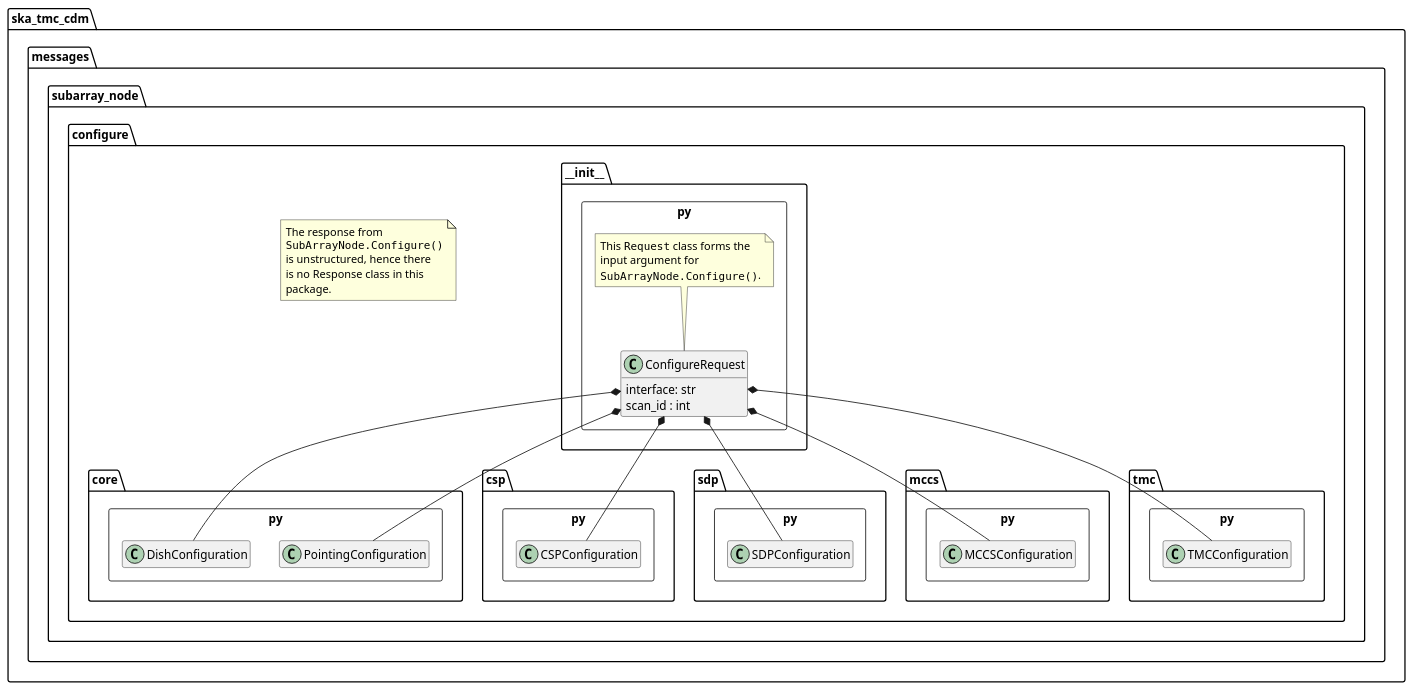
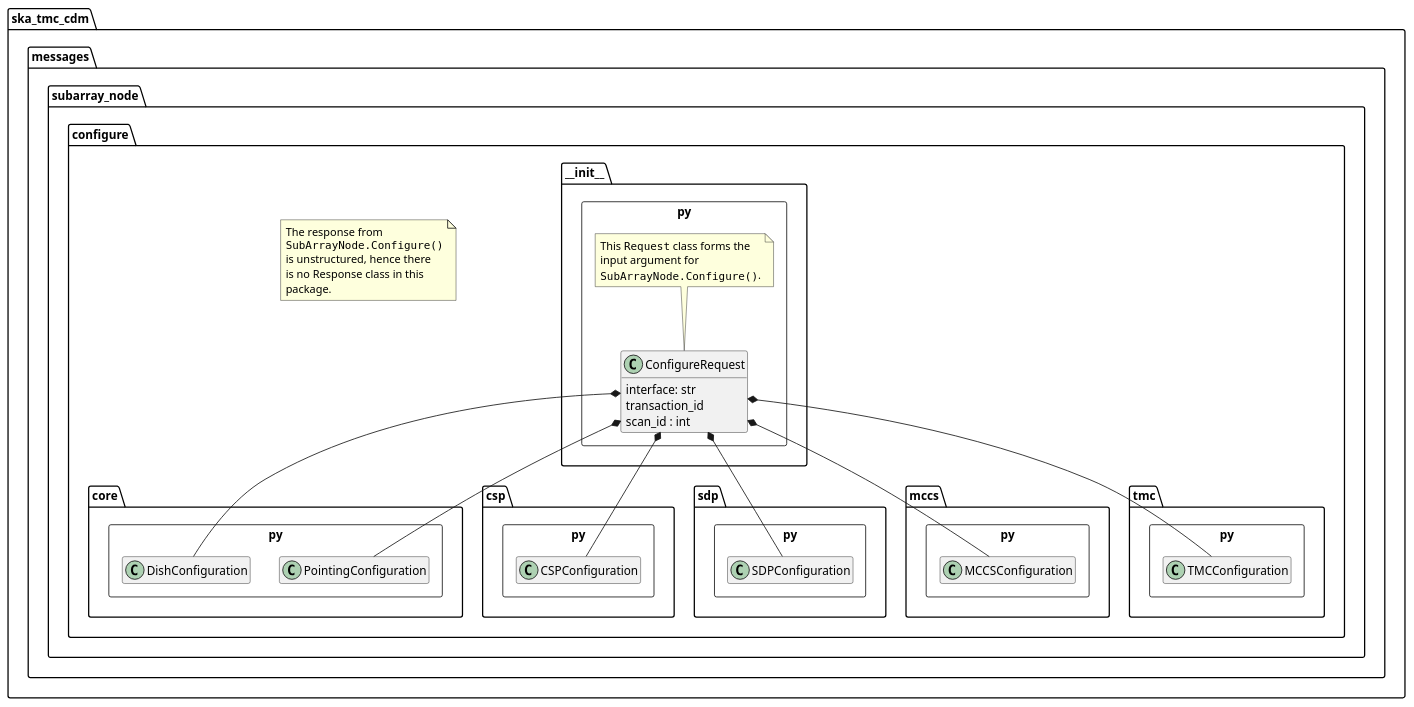
Before and after one commit to ska-telescope/cdm-shared-library: the diagram in docs/src/developer/subarraynode/init.puml, drawn with PlantUML. The commit also changed 35 other files, not shown here.

Commit message:
AT2-855 add interface and transaction_id to ConfigureRequest AT2-855 Change schema base URI to schema.skao.int

```diff
--- a/docs/src/developer/subarraynode/init.puml
+++ b/docs/src/developer/subarraynode/init.puml
@@ -1,58 +1,59 @@
 @startuml
 hide empty members
 
 package ska_tmc_cdm.messages.subarray_node.configure {
 	package core.py <<Rectangle>> {
 		class PointingConfiguration
 		class DishConfiguration
 	}
 
 	package csp.py <<Rectangle>> {
 		class CSPConfiguration
 	}
 
 	package sdp.py <<Rectangle>> {
 		class SDPConfiguration
 	}
 
     package sdp.py <<Rectangle>> {
         class SDPConfiguration
     }
 
     package mccs.py <<Rectangle>> {
         class MCCSConfiguration
     }
 
 	package tmc.py <<Rectangle>> {
 		class TMCConfiguration
 	}
 
 	package ~__init__.py <<Rectangle>> {
 		class ConfigureRequest {
-      interface: str
+            interface: str
+			transaction_id
 			scan_id : int
 		}
 		ConfigureRequest *-- PointingConfiguration
 		ConfigureRequest *-- DishConfiguration
 		ConfigureRequest *-- CSPConfiguration
 		ConfigureRequest *-- SDPConfiguration
 		ConfigureRequest *-- MCCSConfiguration
         ConfigureRequest *-- TMCConfiguration
 
 		note top of ConfigureRequest
 			This ""Request"" class forms the
 			input argument for
 			""SubArrayNode.Configure()"".
 		end note
 	}
 
 	note as N1
 		The response from
 		""SubArrayNode.Configure()""
 		is unstructured, hence there
 		is no Response class in this
 		package.
 	end note
 }
 
 @enduml
```
